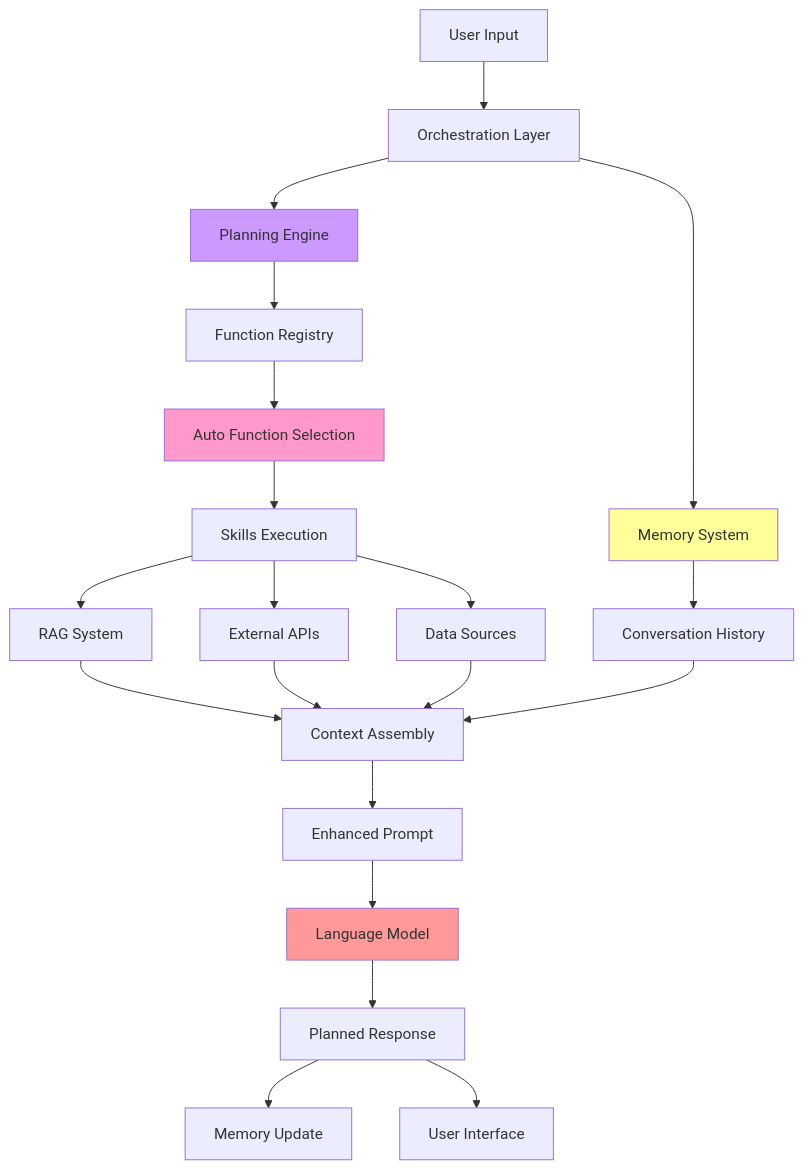
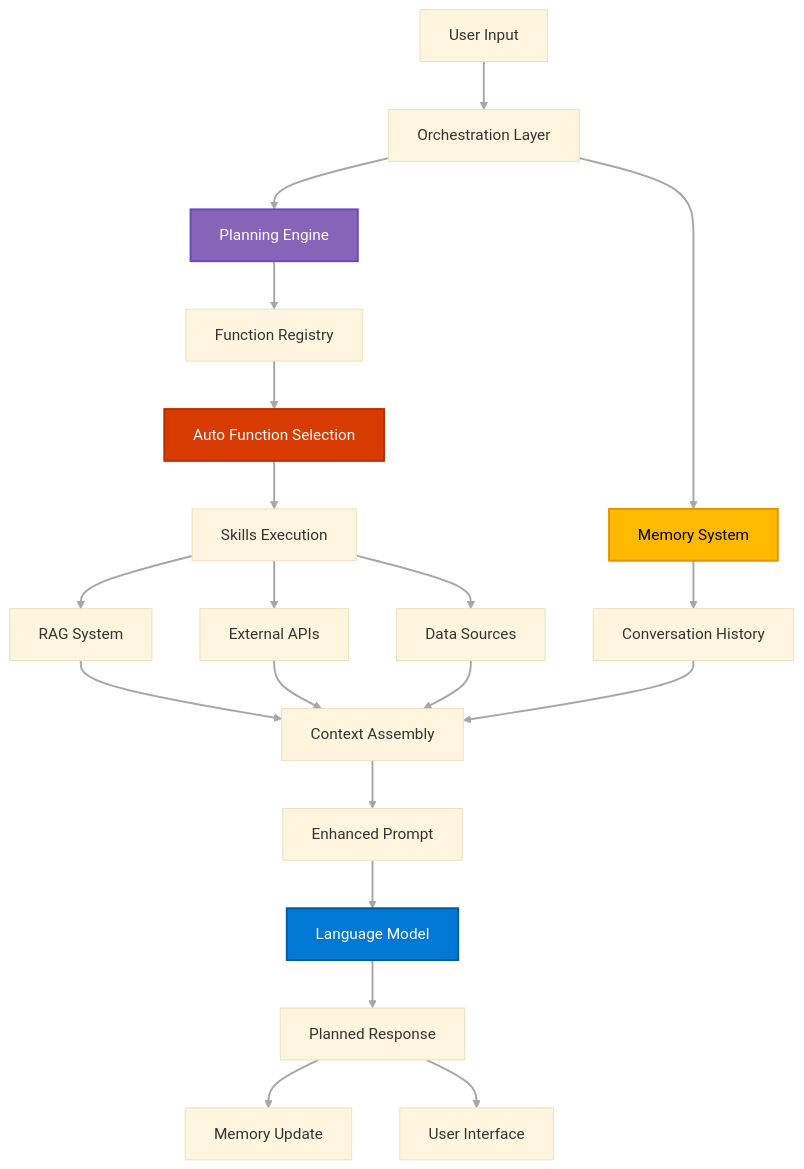
One commit to MTCMarkFranco/era-of-ai changed the third of 7 diagrams in ai-evolution-slides.md. Above: the diagram before and after it, drawn with Mermaid. The commit also changed other lines of this file, not shown here.

````diff
--- a/ai-evolution-slides.md
+++ b/ai-evolution-slides.md
@@ -68,27 +74,30 @@
 ```mermaid
+%%{init: {'theme':'base', 'themeVariables': { 'fontFamily': 'Segoe UI, Arial, sans-serif', 'fontSize': '16px'}}}%%
 graph TD
     A[User Input] --> B[Orchestration Layer]
     B --> C[Memory System]
     B --> D[Planning Engine]
     D --> E[Function Registry]
     E --> F[Auto Function Selection]
     F --> G[Skills Execution]
     G --> H[RAG System]
     G --> I[External APIs]
     G --> J[Data Sources]
     C --> K[Conversation History]
     H --> L[Context Assembly]
     I --> L
     J --> L
     K --> L
     L --> M[Enhanced Prompt]
     M --> N[Language Model]
     N --> O[Planned Response]
     O --> P[Memory Update]
     O --> Q[User Interface]
     
-    style N fill:#ff9999
-    style D fill:#cc99ff
-    style C fill:#ffff99
-    style F fill:#ff99cc
+    style N fill:#0078D4,stroke:#005A9E,stroke-width:2px,color:#FFFFFF
+    style D fill:#8764B8,stroke:#6B46C1,stroke-width:2px,color:#FFFFFF
+    style C fill:#FFB900,stroke:#E09200,stroke-width:2px,color:#000000
+    style F fill:#D83B01,stroke:#B92E00,stroke-width:2px,color:#FFFFFF
+    
+    linkStyle default stroke:#A6A6A6,stroke-width:2px
 ```
````
